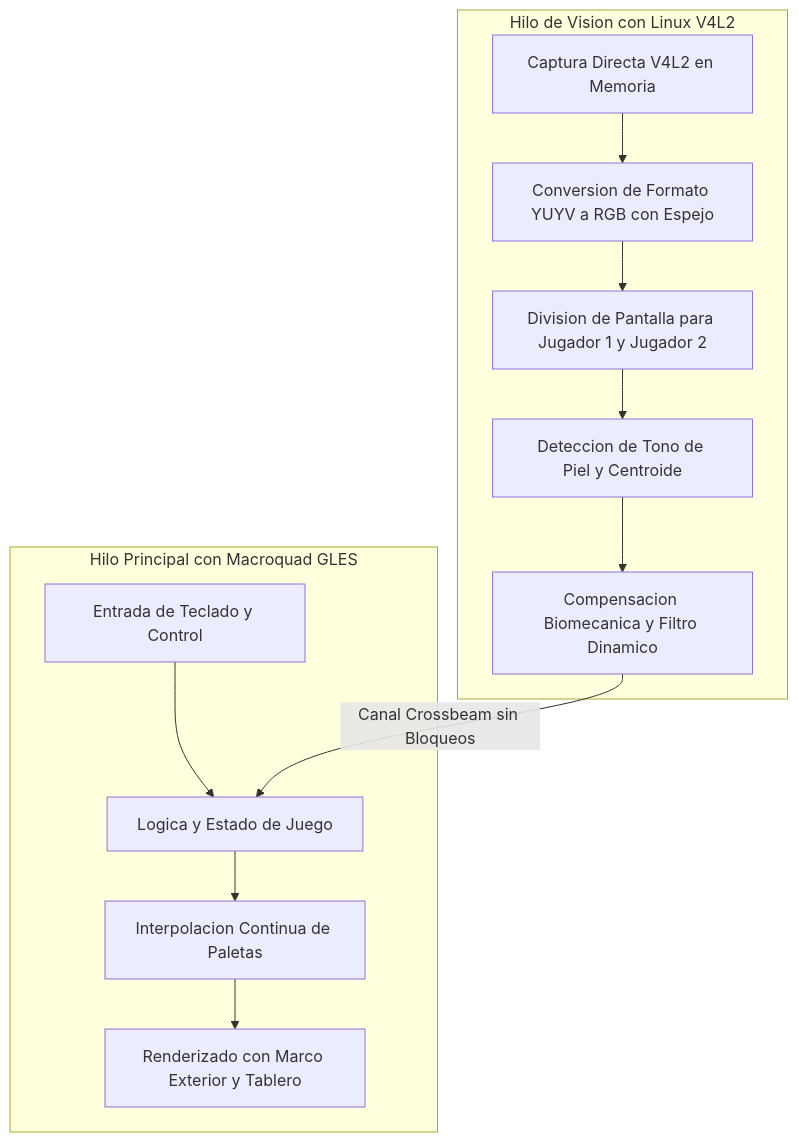
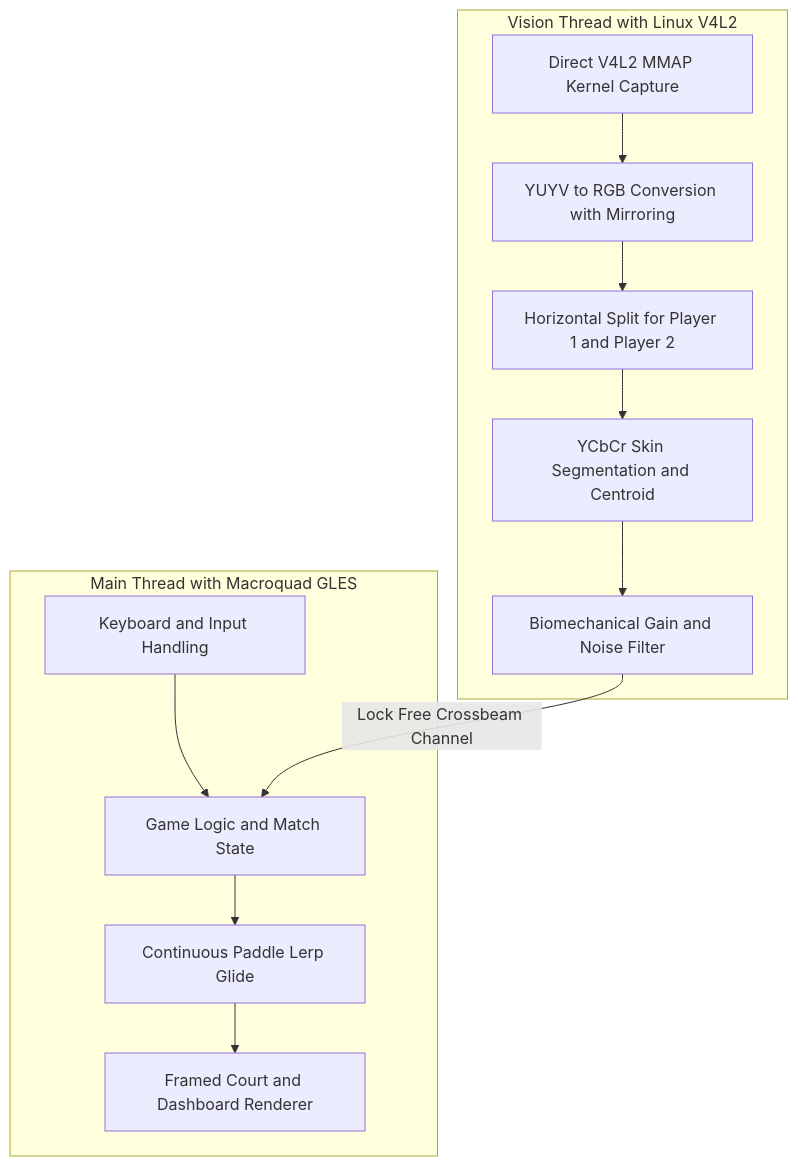
One commit to AndresRuzT/FacePong-Raspberry changed the diagram in README.md. Above: the diagram before and after it, drawn with Mermaid. The commit also changed other lines of this file and 1 other file, not shown here.

````diff
--- a/README.md
+++ b/README.md
@@ -34,17 +34,17 @@
 ```mermaid
 flowchart TD
-    subgraph HiloPrincipal ["Hilo Principal con Macroquad GLES"]
-        Entrada["Entrada de Teclado y Control"] --> Estado["Logica y Estado de Juego"]
-        Estado --> Interpolacion["Interpolacion Continua de Paletas"]
-        Interpolacion --> Renderizado["Renderizado con Marco Exterior y Tablero"]
+    subgraph MainThread ["Main Thread with Macroquad GLES"]
+        Input["Keyboard and Input Handling"] --> State["Game Logic and Match State"]
+        State --> Lerp["Continuous Paddle Lerp Glide"]
+        Lerp --> Render["Framed Court and Dashboard Renderer"]
     end
 
-    subgraph HiloVision ["Hilo de Vision con Linux V4L2"]
-        Captura["Captura Directa V4L2 en Memoria"] --> Conversion["Conversion de Formato YUYV a RGB con Espejo"]
-        Conversion --> Particion["Division de Pantalla para Jugador 1 y Jugador 2"]
-        Particion --> Deteccion["Deteccion de Tono de Piel y Centroide"]
-        Deteccion --> Filtro["Compensacion Biomecanica y Filtro Dinamico"]
+    subgraph VisionThread ["Vision Thread with Linux V4L2"]
+        Capture["Direct V4L2 MMAP Kernel Capture"] --> Color["YUYV to RGB Conversion with Mirroring"]
+        Color --> Split["Horizontal Split for Player 1 and Player 2"]
+        Split --> Centroid["YCbCr Skin Segmentation and Centroid"]
+        Centroid --> Filter["Biomechanical Gain and Noise Filter"]
     end
 
-    Filtro -->|"Canal Crossbeam sin Bloqueos"| Estado
+    Filter -->|"Lock Free Crossbeam Channel"| State
 ```
````
